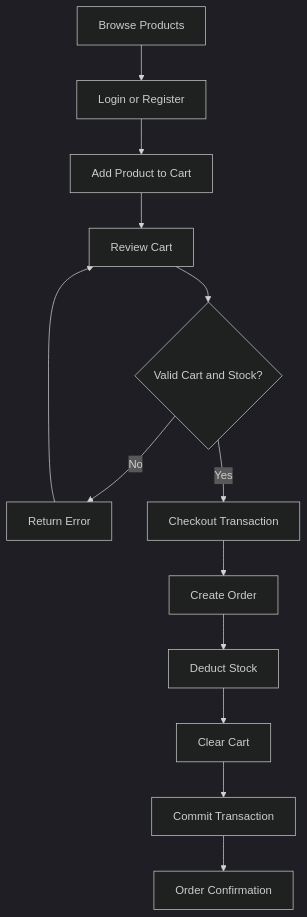
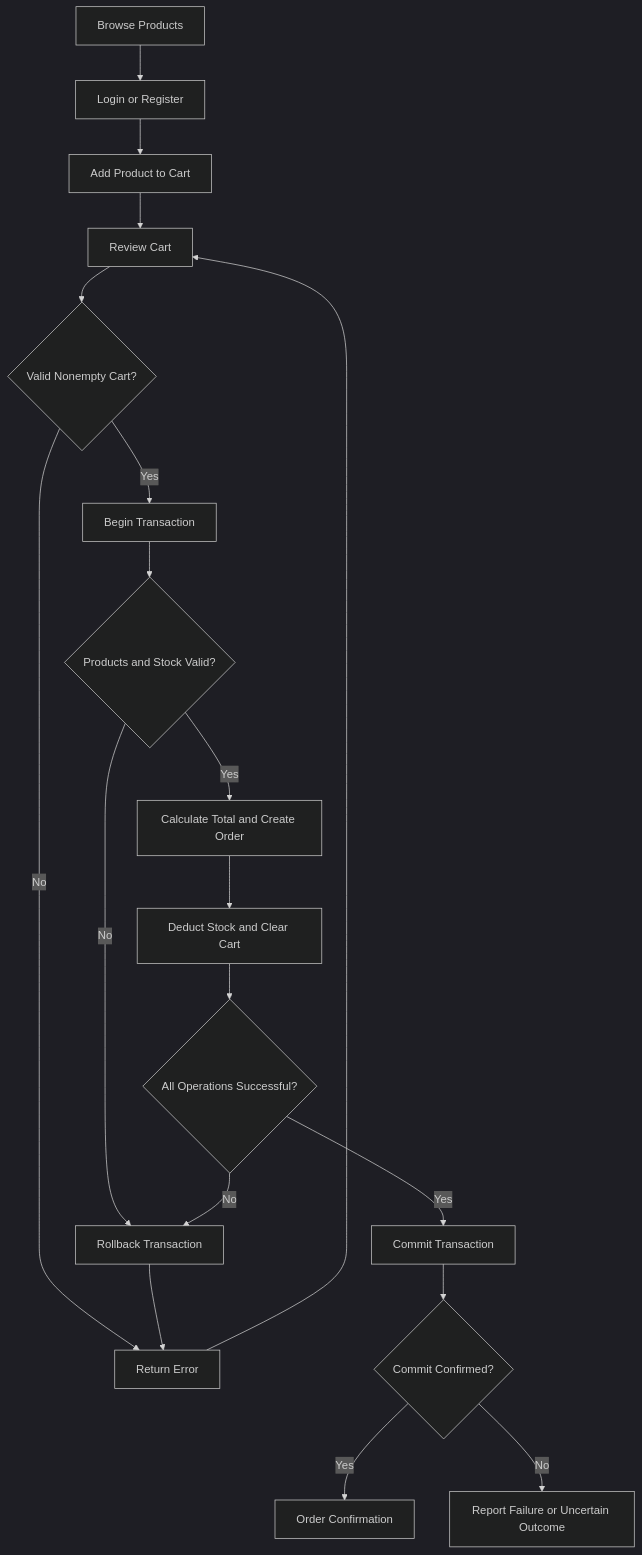
One commit to emrelab/goshop changed the diagram in docs/MVP_SCOPE.md. Above: the diagram before and after it, drawn with Mermaid (dark theme). The commit also changed other lines of this file, not shown here.

First line of the commit message:
docs: refine MVP requirements and checkout flow

````diff
--- a/docs/MVP_SCOPE.md
+++ b/docs/MVP_SCOPE.md
@@ -156,15 +177,21 @@
 ```mermaid
 flowchart TD
     A[Browse Products] --> B[Login or Register]
     B --> C[Add Product to Cart]
     C --> D[Review Cart]
-    D --> E{Valid Cart and Stock?}
+    D --> E{Valid Nonempty Cart?}
     E -->|No| F[Return Error]
     F --> D
-    E -->|Yes| G[Checkout Transaction]
-    G --> H[Create Order]
-    H --> I[Deduct Stock]
-    I --> J[Clear Cart]
-    J --> K[Commit Transaction]
-    K --> L[Order Confirmation]
+    E -->|Yes| G[Begin Transaction]
+    G --> H{Products and Stock Valid?}
+    H -->|No| R[Rollback Transaction]
+    H -->|Yes| I[Calculate Total and Create Order]
+    I --> J[Deduct Stock and Clear Cart]
+    J --> K{All Operations Successful?}
+    K -->|No| R
+    R --> F
+    K -->|Yes| M[Commit Transaction]
+    M --> N{Commit Confirmed?}
+    N -->|Yes| L[Order Confirmation]
+    N -->|No| P[Report Failure or Uncertain Outcome]
 ```
````
